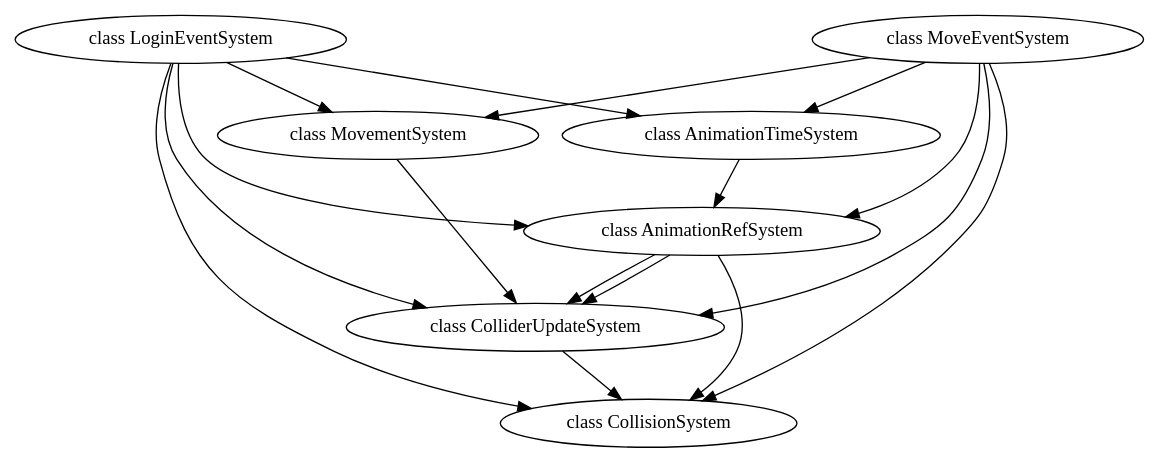
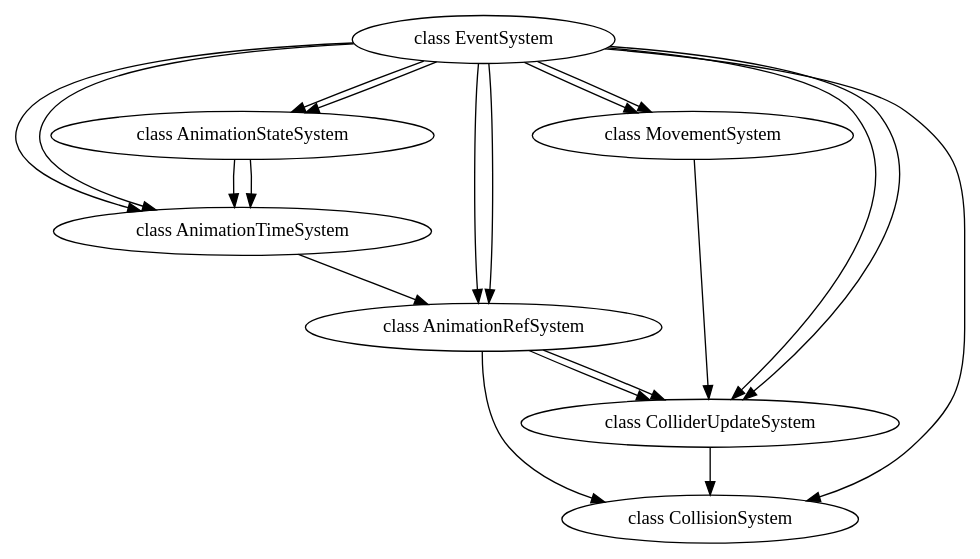
The diagram in Server/JobGraph Study/graph.gv (Vallhup/JobGraph-Study), drawn with Graphviz before and after one commit. The commit also changed 32 other files, not shown here.

Commit message:
System 정리 1. EventSystem, LogicSystem 통합 2. Event 통합

```diff
--- a/Server/JobGraph Study/graph.gv
+++ b/Server/JobGraph Study/graph.gv
@@ -1,19 +1,22 @@
 digraph JobGraph {
-  "class LoginEventSystem" -> "class MovementSystem";
-  "class LoginEventSystem" -> "class AnimationTimeSystem";
-  "class LoginEventSystem" -> "class AnimationRefSystem";
-  "class LoginEventSystem" -> "class ColliderUpdateSystem";
-  "class LoginEventSystem" -> "class CollisionSystem";
-  "class MoveEventSystem" -> "class MovementSystem";
-  "class MoveEventSystem" -> "class AnimationTimeSystem";
-  "class MoveEventSystem" -> "class AnimationRefSystem";
-  "class MoveEventSystem" -> "class ColliderUpdateSystem";
-  "class MoveEventSystem" -> "class CollisionSystem";
+  "class EventSystem" -> "class MovementSystem";
+  "class EventSystem" -> "class AnimationStateSystem";
+  "class EventSystem" -> "class AnimationTimeSystem";
+  "class EventSystem" -> "class AnimationRefSystem";
+  "class EventSystem" -> "class ColliderUpdateSystem";
+  "class EventSystem" -> "class CollisionSystem";
+  "class EventSystem" -> "class MovementSystem";
+  "class EventSystem" -> "class AnimationStateSystem";
+  "class EventSystem" -> "class AnimationTimeSystem";
+  "class EventSystem" -> "class AnimationRefSystem";
+  "class EventSystem" -> "class ColliderUpdateSystem";
   "class MovementSystem" -> "class ColliderUpdateSystem";
+  "class AnimationStateSystem" -> "class AnimationTimeSystem";
+  "class AnimationStateSystem" -> "class AnimationTimeSystem";
   "class AnimationTimeSystem" -> "class AnimationRefSystem";
   "class AnimationRefSystem" -> "class ColliderUpdateSystem";
   "class AnimationRefSystem" -> "class CollisionSystem";
   "class AnimationRefSystem" -> "class ColliderUpdateSystem";
   "class ColliderUpdateSystem" -> "class CollisionSystem";
   "class CollisionSystem";
 }
```
